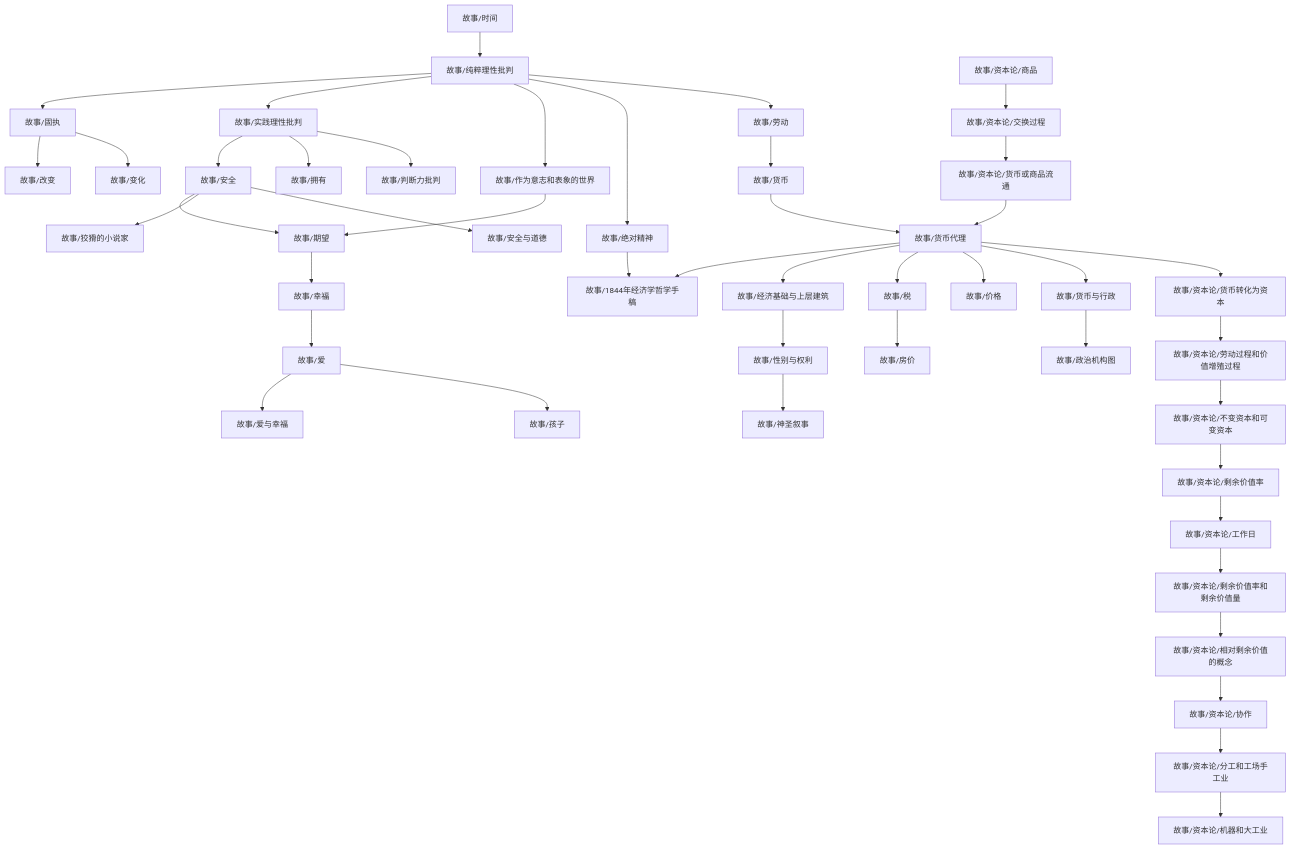
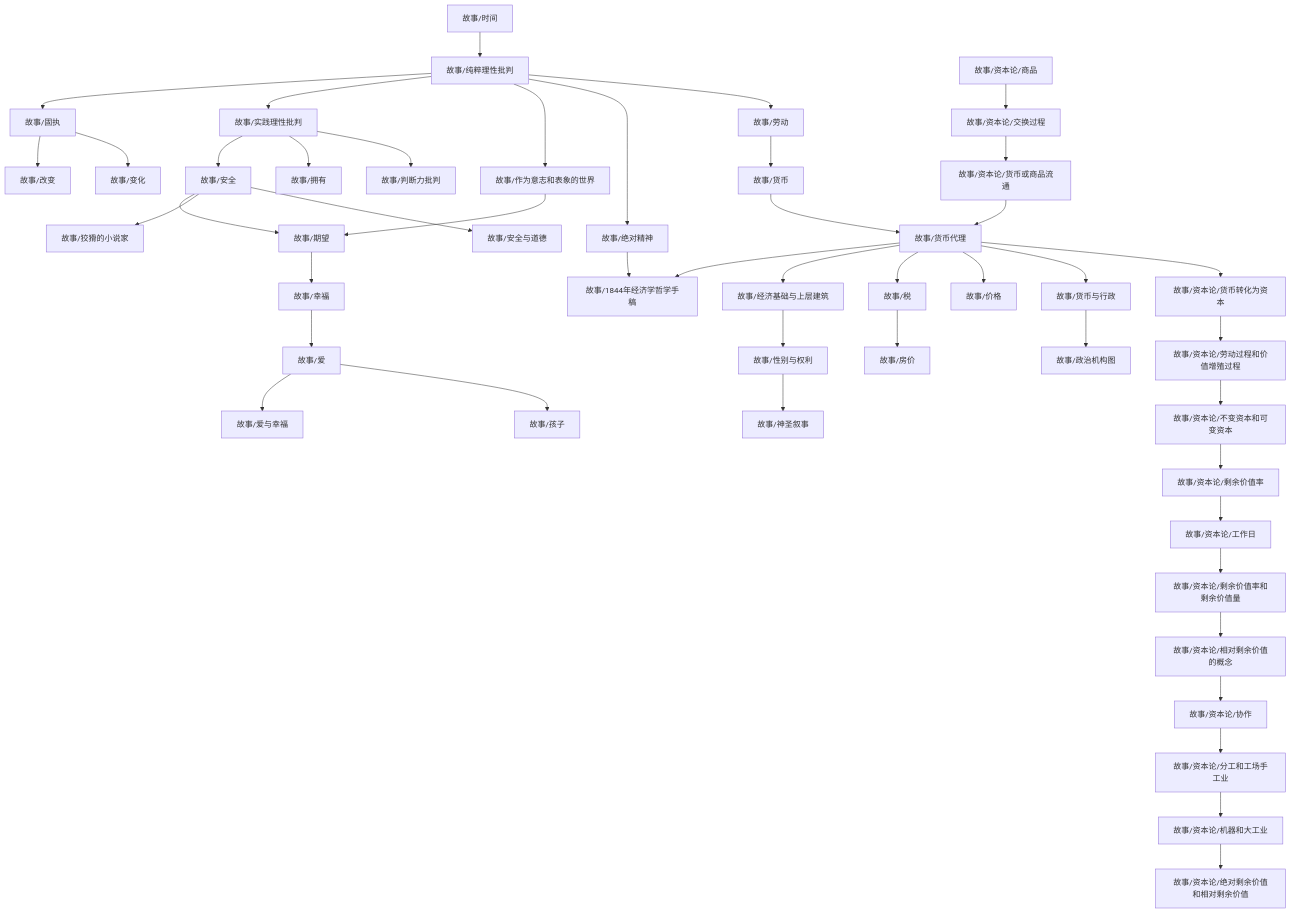
Before and after one commit to zengls3186428803/zengls3186428803.github.io: the diagram in content/故事/dependency_graph.md, drawn with Mermaid. The commit also changed 3 other files, not shown here.

````diff
--- a/content/故事/dependency_graph.md
+++ b/content/故事/dependency_graph.md
@@ -1,47 +1,48 @@
 ```mermaid
 graph TD
 1["故事/纯粹理性批判"] --> 0["故事/固执"]
 3["故事/经济基础与上层建筑"] --> 2["故事/性别与权利"]
 0["故事/固执"] --> 4["故事/改变"]
 6["故事/货币代理"] --> 5["故事/1844年经济学哲学手稿"]
 7["故事/绝对精神"] --> 5["故事/1844年经济学哲学手稿"]
 9["故事/作为意志和表象的世界"] --> 8["故事/期望"]
 10["故事/安全"] --> 8["故事/期望"]
 10["故事/安全"] --> 11["故事/狡猾的小说家"]
 1["故事/纯粹理性批判"] --> 12["故事/实践理性批判"]
 13["故事/时间"] --> 1["故事/纯粹理性批判"]
 12["故事/实践理性批判"] --> 10["故事/安全"]
 6["故事/货币代理"] --> 3["故事/经济基础与上层建筑"]
 12["故事/实践理性批判"] --> 14["故事/拥有"]
 6["故事/货币代理"] --> 15["故事/税"]
 15["故事/税"] --> 16["故事/房价"]
 18["故事/货币与行政"] --> 17["故事/政治机构图"]
 0["故事/固执"] --> 19["故事/变化"]
 21["故事/幸福"] --> 20["故事/爱"]
 6["故事/货币代理"] --> 22["故事/价格"]
 23["故事/货币"] --> 6["故事/货币代理"]
 24["故事/资本论/货币或商品流通"] --> 6["故事/货币代理"]
 1["故事/纯粹理性批判"] --> 9["故事/作为意志和表象的世界"]
 1["故事/纯粹理性批判"] --> 7["故事/绝对精神"]
 6["故事/货币代理"] --> 18["故事/货币与行政"]
 10["故事/安全"] --> 26["故事/安全与道德"]
 2["故事/性别与权利"] --> 27["故事/神圣叙事"]
 20["故事/爱"] --> 28["故事/爱与幸福"]
 29["故事/劳动"] --> 23["故事/货币"]
 20["故事/爱"] --> 30["故事/孩子"]
 1["故事/纯粹理性批判"] --> 29["故事/劳动"]
 12["故事/实践理性批判"] --> 31["故事/判断力批判"]
 8["故事/期望"] --> 21["故事/幸福"]
 33["故事/资本论/不变资本和可变资本"] --> 32["故事/资本论/剩余价值率"]
 34["故事/资本论/交换过程"] --> 24["故事/资本论/货币或商品流通"]
-36["故事/资本论/货币转化为资本"] --> 35["故事/资本论/劳动过程和价值增殖过程"]
-35["故事/资本论/劳动过程和价值增殖过程"] --> 33["故事/资本论/不变资本和可变资本"]
-38["故事/资本论/相对剩余价值的概念"] --> 37["故事/资本论/协作"]
-40["故事/资本论/分工和工场手工业"] --> 39["故事/资本论/机器和大工业"]
-6["故事/货币代理"] --> 36["故事/资本论/货币转化为资本"]
-41["故事/资本论/商品"] --> 34["故事/资本论/交换过程"]
-37["故事/资本论/协作"] --> 40["故事/资本论/分工和工场手工业"]
-43["故事/资本论/工作日"] --> 42["故事/资本论/剩余价值率和剩余价值量"]
-42["故事/资本论/剩余价值率和剩余价值量"] --> 38["故事/资本论/相对剩余价值的概念"]
-32["故事/资本论/剩余价值率"] --> 43["故事/资本论/工作日"]
+36["故事/资本论/机器和大工业"] --> 35["故事/资本论/绝对剩余价值和相对剩余价值"]
+38["故事/资本论/货币转化为资本"] --> 37["故事/资本论/劳动过程和价值增殖过程"]
+37["故事/资本论/劳动过程和价值增殖过程"] --> 33["故事/资本论/不变资本和可变资本"]
+40["故事/资本论/相对剩余价值的概念"] --> 39["故事/资本论/协作"]
+41["故事/资本论/分工和工场手工业"] --> 36["故事/资本论/机器和大工业"]
+6["故事/货币代理"] --> 38["故事/资本论/货币转化为资本"]
+42["故事/资本论/商品"] --> 34["故事/资本论/交换过程"]
+39["故事/资本论/协作"] --> 41["故事/资本论/分工和工场手工业"]
+44["故事/资本论/工作日"] --> 43["故事/资本论/剩余价值率和剩余价值量"]
+43["故事/资本论/剩余价值率和剩余价值量"] --> 40["故事/资本论/相对剩余价值的概念"]
+32["故事/资本论/剩余价值率"] --> 44["故事/资本论/工作日"]
 ```
````
